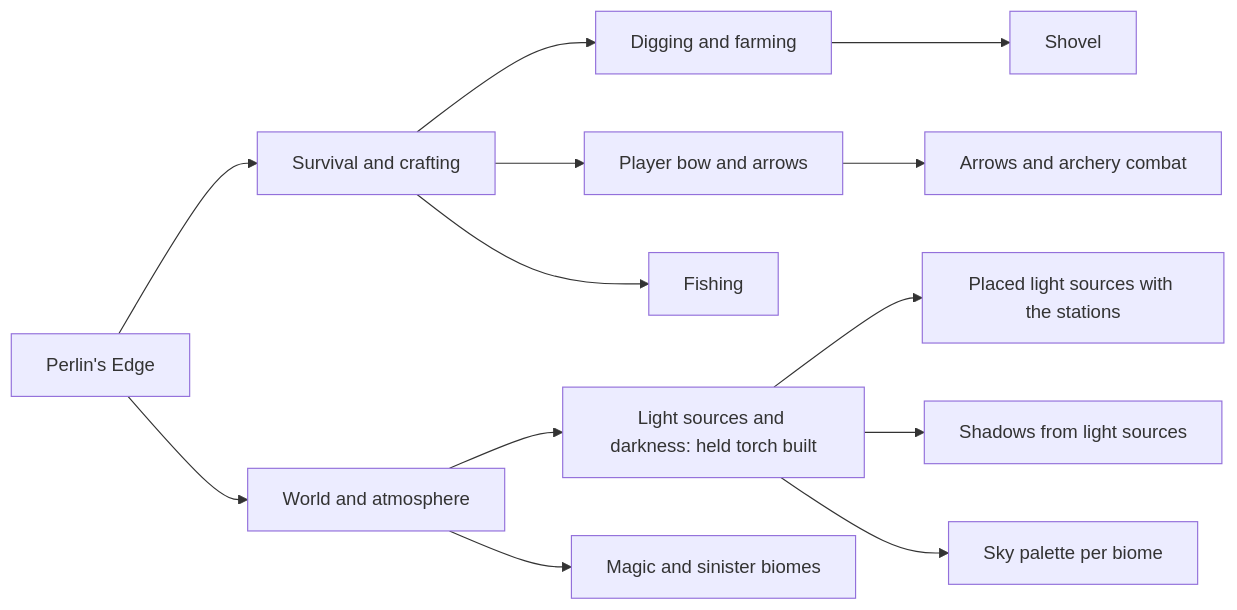
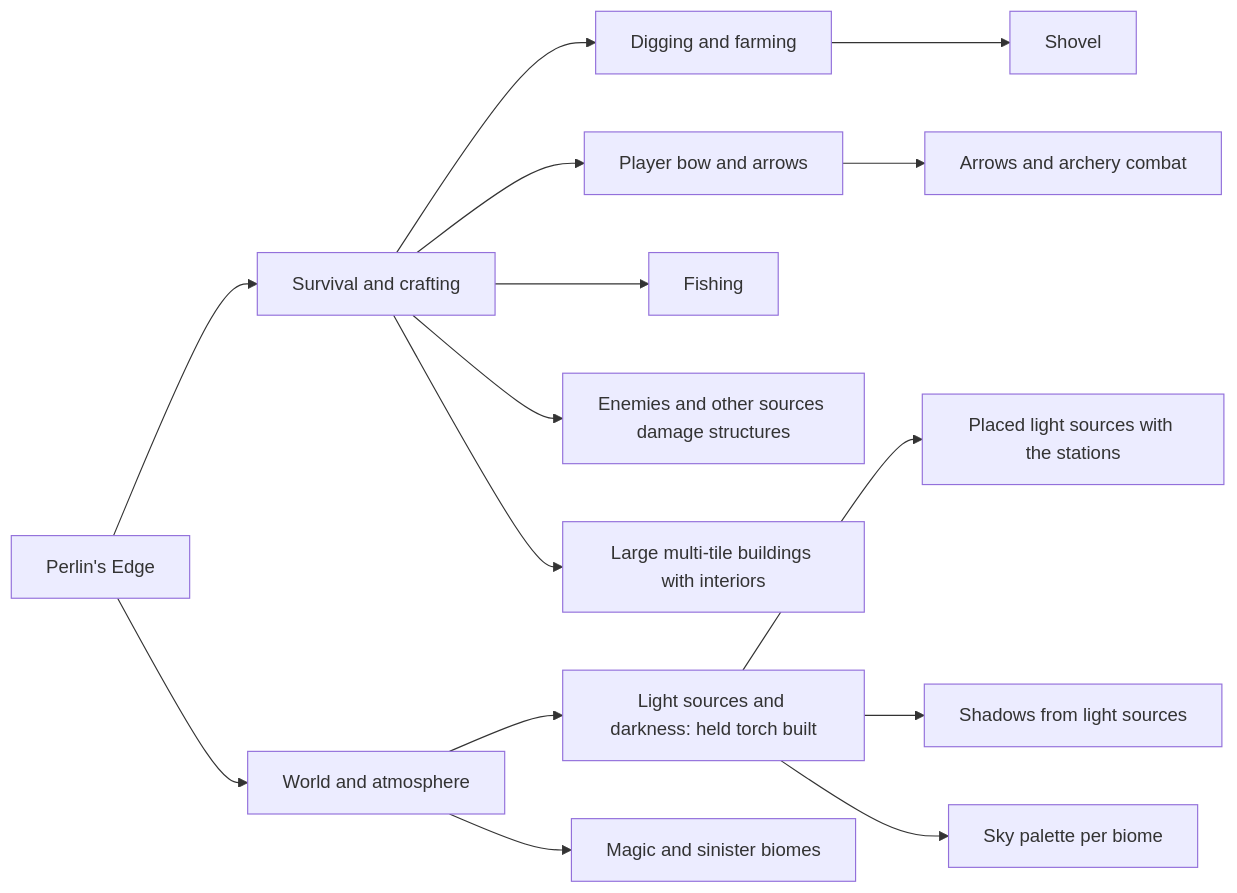
The diagram in docs/ROADMAP.md (kfeuerschvenger/perlinsedge), drawn with Mermaid before and after one commit. The commit also changed other lines of this file and 336 other files, not shown here.

````diff
--- a/docs/ROADMAP.md
+++ b/docs/ROADMAP.md
@@ -5,15 +5,17 @@
 ```mermaid
 flowchart LR
     game[Perlin's Edge] --> survival[Survival and crafting]
     game --> world[World and atmosphere]
     survival --> digging[Digging and farming]
     survival --> bow[Player bow and arrows]
     survival --> fishing[Fishing]
+    survival --> structures[Enemies and other sources damage structures]
+    survival --> large[Large multi-tile buildings with interiors]
     world --> lighting[Light sources and darkness: held torch built]
     world --> biomes[Magic and sinister biomes]
     digging --> shovel[Shovel]
     bow --> arrows[Arrows and archery combat]
     lighting --> placed[Placed light sources with the stations]
     lighting --> shadows[Shadows from light sources]
     lighting --> palettes[Sky palette per biome]
 ```
````
